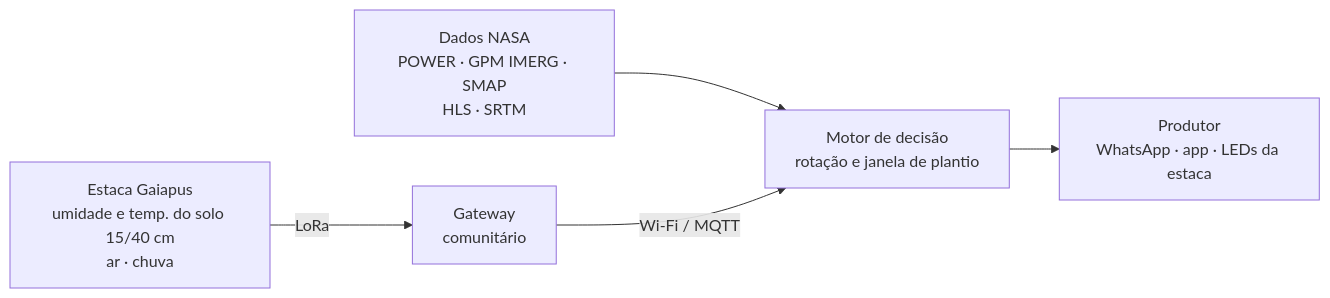
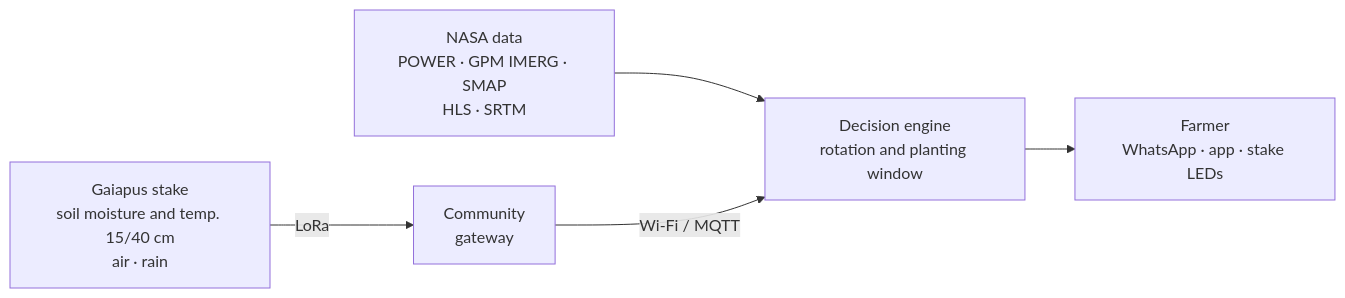
Before and after one commit to mauricioandreata/gaiapus: the diagram in README.md, drawn with Mermaid. The commit also changed other lines of this file and 16 other files, not shown here.

````diff
--- a/README.md
+++ b/README.md
@@ -30,7 +32,7 @@
 ```mermaid
 flowchart LR
-    NASA["Dados NASA<br/>POWER · GPM IMERG · SMAP<br/>HLS · SRTM"] --> M["Motor de decisão<br/>rotação e janela de plantio"]
-    E["Estaca Gaiapus<br/>umidade e temp. do solo 15/40 cm<br/>ar · chuva"] -- "LoRa" --> G["Gateway<br/>comunitário"]
+    NASA["NASA data<br/>POWER · GPM IMERG · SMAP<br/>HLS · SRTM"] --> M["Decision engine<br/>rotation and planting window"]
+    E["Gaiapus stake<br/>soil moisture and temp. 15/40 cm<br/>air · rain"] -- "LoRa" --> G["Community<br/>gateway"]
     G -- "Wi-Fi / MQTT" --> M
-    M --> P["Produtor<br/>WhatsApp · app · LEDs da estaca"]
+    M --> P["Farmer<br/>WhatsApp · app · stake LEDs"]
 ```
````
